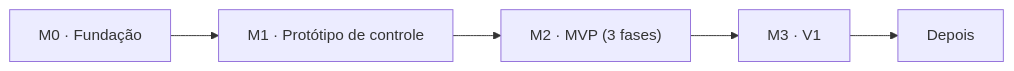
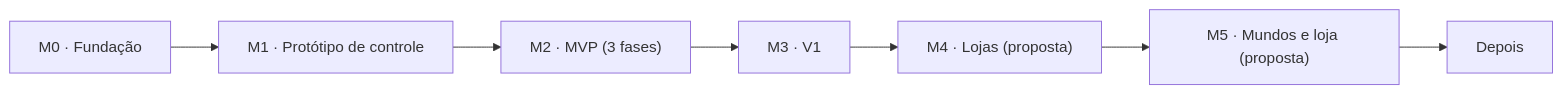
The diagram in docs/04-roadmap.md (TARNAGS/resgate-espacial), drawn with Mermaid before and after one commit. The commit also changed other lines of this file and 9 other files, not shown here.

First line of the commit message:
Documenta o big picture: lojas (D-019), mundos de 10 fases (D-020), abertura e loja de itens

````diff
--- a/docs/04-roadmap.md
+++ b/docs/04-roadmap.md
@@ -17,4 +17,4 @@
 ```mermaid
 flowchart LR
-    M0["M0 · Fundação"] --> M1["M1 · Protótipo de controle"] --> M2["M2 · MVP (3 fases)"] --> M3["M3 · V1"] --> D["Depois"]
+    M0["M0 · Fundação"] --> M1["M1 · Protótipo de controle"] --> M2["M2 · MVP (3 fases)"] --> M3["M3 · V1"] --> M4["M4 · Lojas (proposta)"] --> M5["M5 · Mundos e loja (proposta)"] --> D["Depois"]
 ```
````
